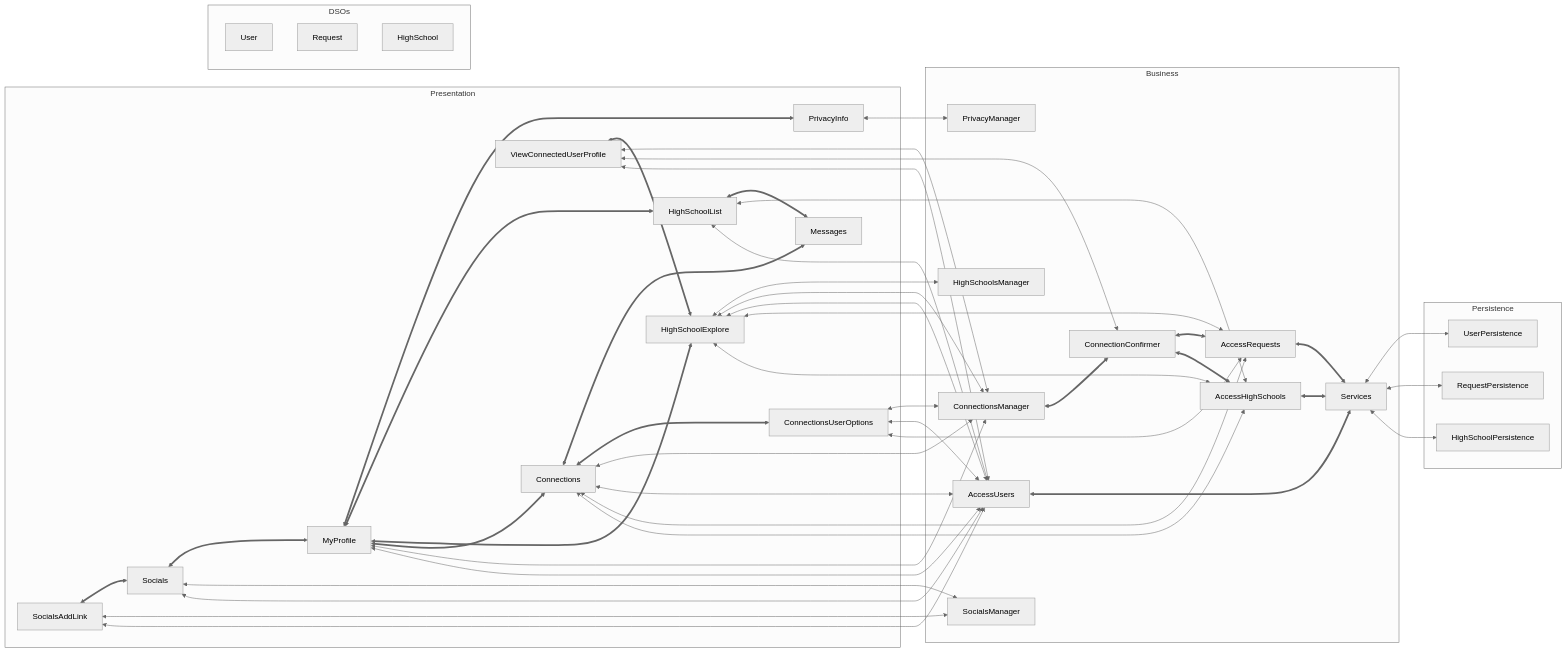
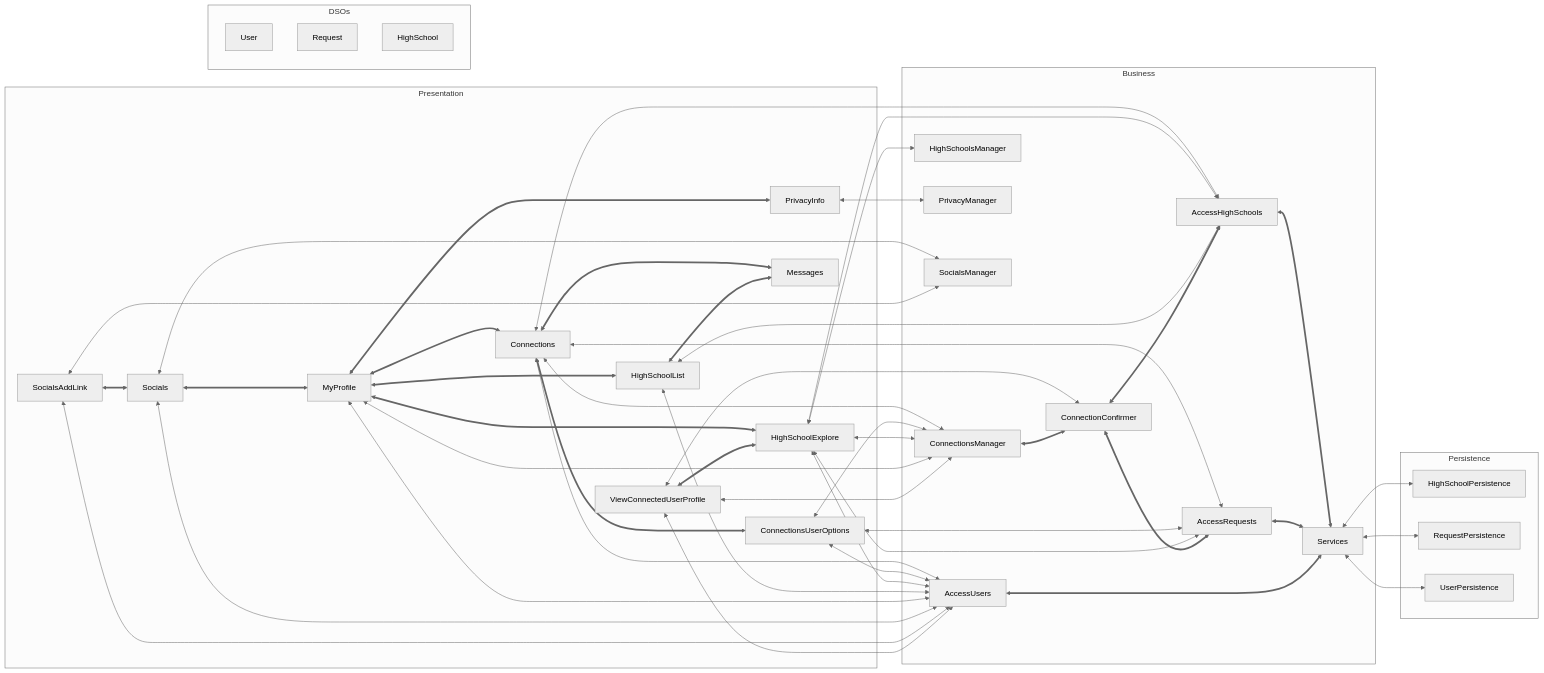
One commit to khaledElgohary/high-school-hub changed the diagram in docs/ARCHITECTURE.md. Above: the diagram before and after it, drawn with Mermaid (neutral theme).

````diff
--- a/docs/ARCHITECTURE.md
+++ b/docs/ARCHITECTURE.md
@@ -4,53 +4,55 @@
 ```mermaid
 %% Note: In case the diagram is not rendering properly, a backup can be found at https://code.cs.umanitoba.ca/3350-summer2023/highschool-hub/-/blob/main/docs/mermaid-diagram-backup.png.
 
   flowchart LR
     %% Links between nodes of different subgraphs
     Connections <--> AccessHighSchools & AccessRequests & AccessUsers & ConnectionsManager
     ConnectionsUserOptions <--> AccessRequests & AccessUsers & ConnectionsManager
-    HighSchoolExplore <---> AccessHighSchools & AccessRequests & AccessUsers & ConnectionsManager & HighSchoolsManager
+    HighSchoolExplore <--> AccessHighSchools & AccessRequests & AccessUsers
+    HighSchoolExplore <--> ConnectionsManager & HighSchoolsManager
     HighSchoolList <--> AccessUsers & AccessHighSchools
     MyProfile <--> AccessUsers & ConnectionsManager
     PrivacyInfo <--> PrivacyManager
     Socials <--> AccessUsers & SocialsManager
     SocialsAddLink <--> AccessUsers & SocialsManager
     ViewConnectedUserProfile <--> AccessUsers & ConnectionConfirmer & ConnectionsManager
 
     Services <--> HighSchoolPersistence & RequestPersistence & UserPersistence
 
     subgraph Presentation
     Connections <===> ConnectionsUserOptions
     MyProfile <==> Connections
     MyProfile <==> HighSchoolExplore
     MyProfile <==> HighSchoolList
     MyProfile <==> PrivacyInfo
     Socials <==> MyProfile
     SocialsAddLink <==> Socials
     Connections & HighSchoolList <==> Messages
     ViewConnectedUserProfile <==> HighSchoolExplore
     end
 
     subgraph Business
     AccessHighSchools & AccessRequests & AccessUsers <==> Services
     ConnectionConfirmer <==> AccessHighSchools & AccessRequests
     ConnectionsManager <==> ConnectionConfirmer
     HighSchoolsManager
     PrivacyManager
     SocialsManager
     end
 
     subgraph Persistence
     HighSchoolPersistence
     RequestPersistence
     UserPersistence
     end
 
     subgraph DSOs
     User
     Request
     HighSchool
     end
 
     %% Invisible link(s) to keep graphs together
     DSOs ~~~ Presentation
+
 ```
````
